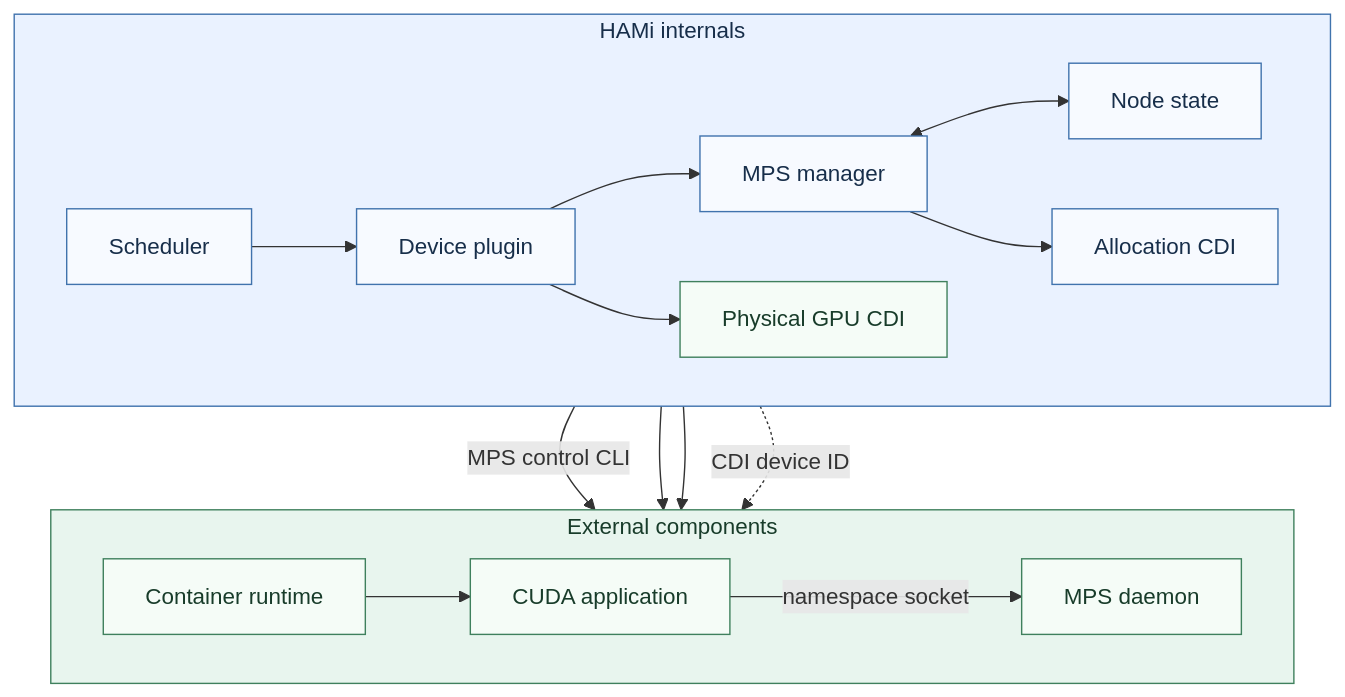
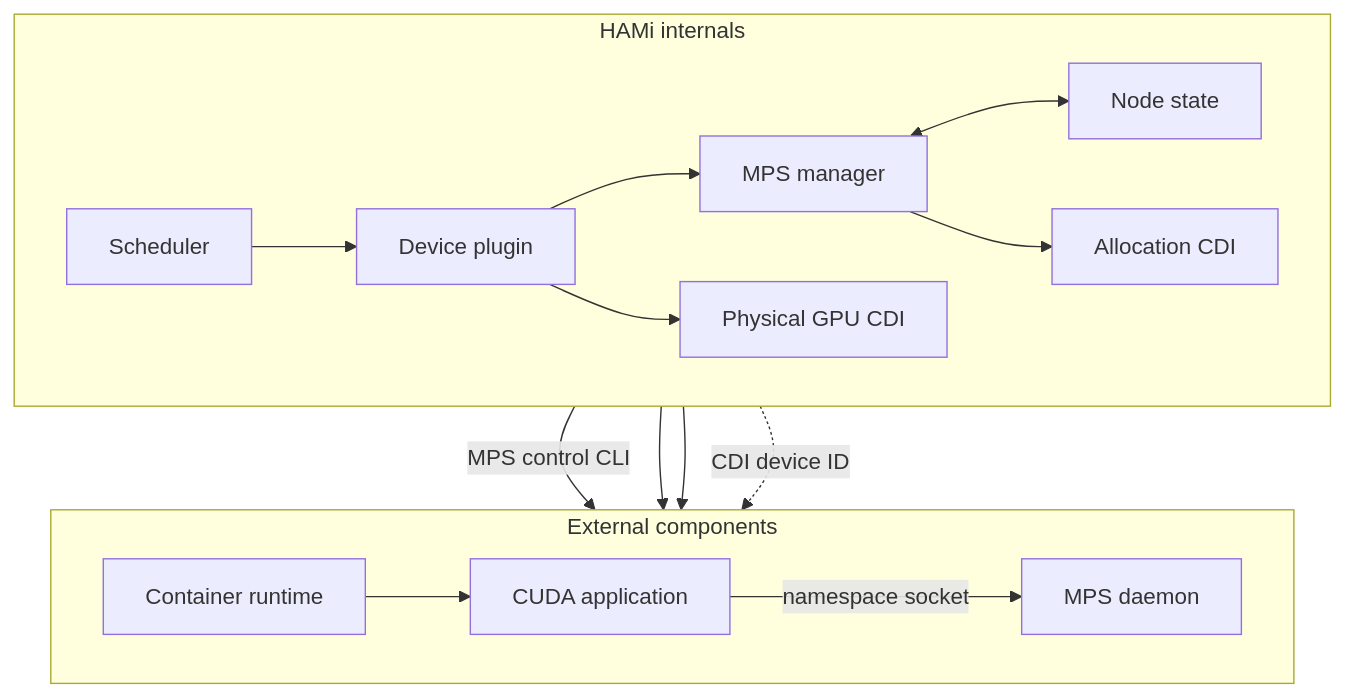
One commit to Project-HAMi/website changed the first of 2 diagrams in docs/developers/mps-v3-design.md. Above: the diagram before and after it, drawn with Mermaid. The commit also changed other lines of this file and 3 other files, not shown here.

````diff
--- a/docs/developers/mps-v3-design.md
+++ b/docs/developers/mps-v3-design.md
@@ -11,28 +11,25 @@
 ```mermaid
+%% title: MPS v3 backend architecture
 flowchart TB
     subgraph HAMi["HAMi internals"]
         direction LR
         S["Scheduler"] --> D["Device plugin"]
         D --> M["MPS manager"]
         M <--> ST["Node state"]
         D --> G["Physical GPU CDI"]
         M --> A["Allocation CDI"]
     end
     subgraph External["External components"]
         direction LR
         N["MPS daemon"]
         R["Container runtime"]
         R --> W["CUDA application"]
         W -->|namespace socket| N
     end
     M -->|MPS control CLI| N
     A --> R
     G --> R
     D -.->|CDI device ID| R
-    style HAMi fill:#eaf2ff,stroke:#4073ad,color:#172e4a
-    style External fill:#e8f5ee,stroke:#3f805d,color:#183c2a
-    classDef internal fill:#f7faff,stroke:#4073ad,color:#172e4a
-    classDef external fill:#f5fcf7,stroke:#3f805d,color:#183c2a
-    class S,D,M,ST,A internal
-    class N,G,R,W external
+    class S,D,M,ST,G,A accent
+    class N,R,W info
 ```
````
